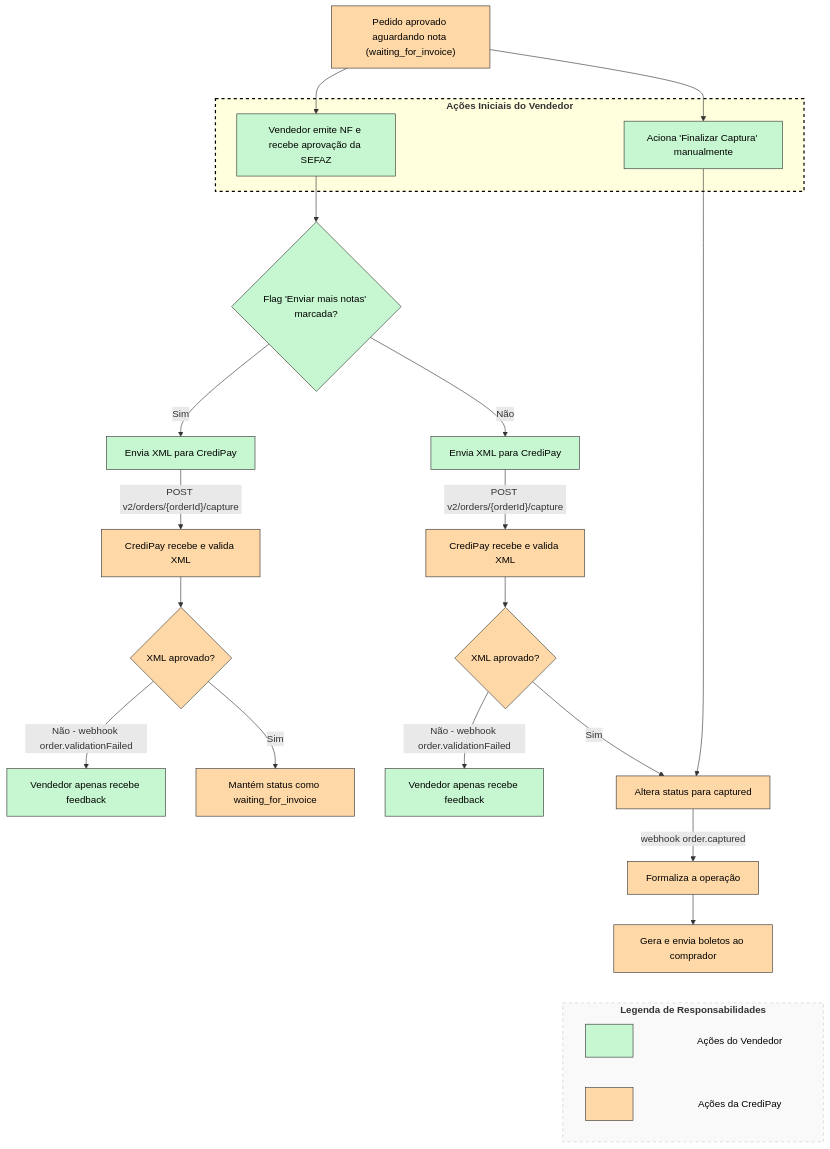
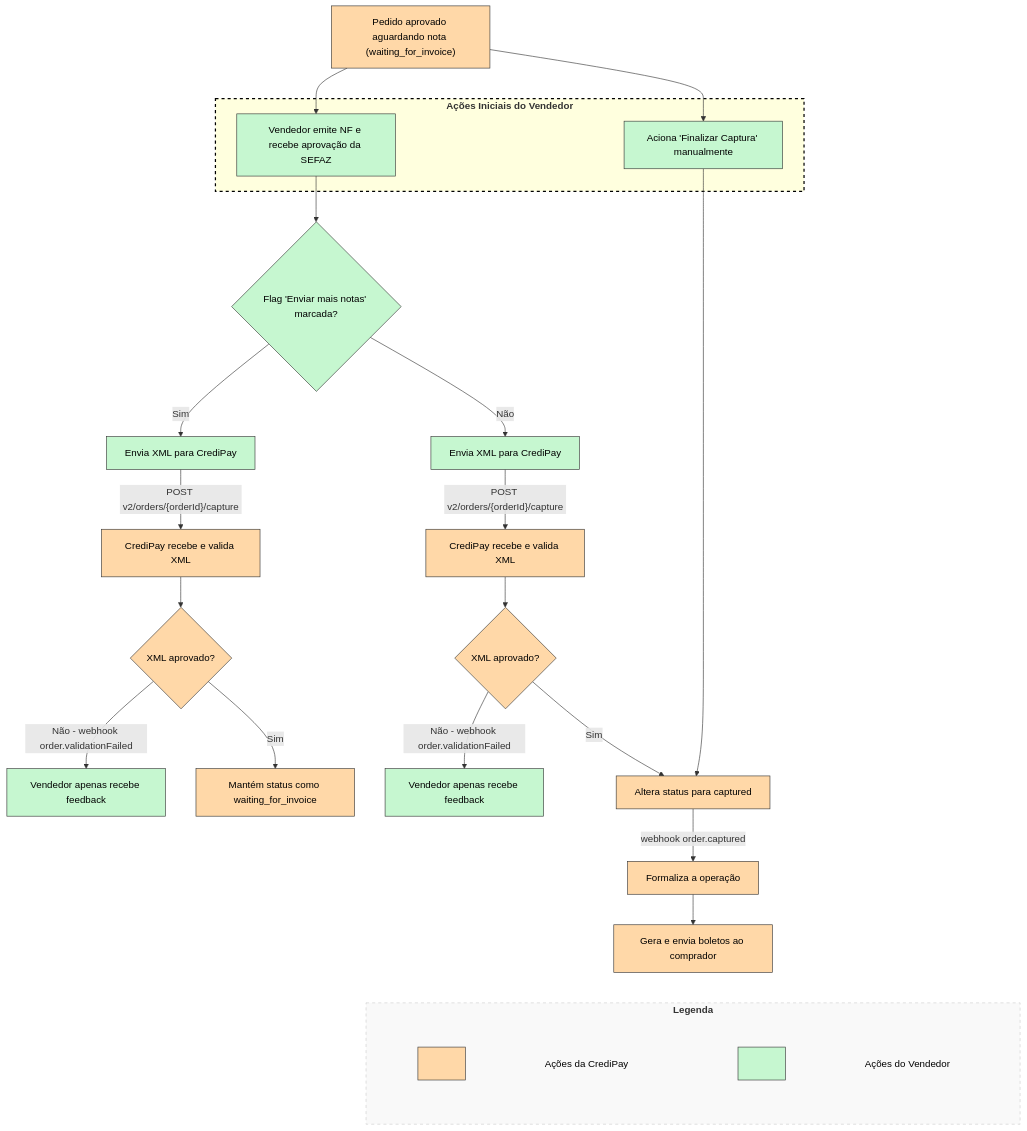
One commit to credix-finance/credipay-rdme-docs changed the diagram in docs/INTEGRAÇÃO COMPLETA/módulos-de-integração-1/adicional-múltiplas-notas-fiscais-por-pedido.md. Above: the diagram before and after it, drawn with Mermaid.

Commit message:
Update doc `adicional-múltiplas-notas-fiscais-por-pedido`

````diff
--- a/docs/INTEGRAÇÃO COMPLETA/módulos-de-integração-1/adicional-múltiplas-notas-fiscais-por-pedido.md
+++ b/docs/INTEGRAÇÃO COMPLETA/módulos-de-integração-1/adicional-múltiplas-notas-fiscais-por-pedido.md
@@ -44,15 +44,24 @@
     n11 -- "webhook order.captured" --> n12["Formaliza a operação"]
     n12 --> n13["Gera e envia boletos ao comprador"]
 
-    %% Bloco de Legenda (Agora no final)
-    subgraph Legenda ["<b>Legenda de Responsabilidades</b>"]
-        direction LR
-        boxVendedor["&nbsp;&nbsp;&nbsp;&nbsp;"]:::vendedor ~~~ textVendedor["Ações do Vendedor"]:::textoLegenda
-        boxCredipay["&nbsp;&nbsp;&nbsp;&nbsp;"]:::credipay ~~~ textCredipay["Ações da CrediPay"]:::textoLegenda
+    %% Bloco de Legenda no Final
+    n13 ~~~ Legenda
+
+    subgraph Legenda ["<b>Legenda</b>"]
+        direction TB
+        
+        %% Linha 1: Vendedor (invisível, força alinhamento horizontal)
+        subgraph row1 [" "]
+            direction LR
+            b1["&nbsp;&nbsp;&nbsp;&nbsp;"]:::vendedor ~~~ t1["Ações do Vendedor"]:::textoLegenda
+        end
+        
+        %% Linha 2: CrediPay (invisível, força alinhamento horizontal)
+        subgraph row2 [" "]
+            direction LR
+            b2["&nbsp;&nbsp;&nbsp;&nbsp;"]:::credipay ~~~ t2["Ações da CrediPay"]:::textoLegenda
+        end
     end
-
-    %% Força a legenda a ficar na parte inferior do fluxo sem exibir uma linha
-    n13 ~~~ boxVendedor
 
     %% Estilização e Cores
     n1:::credipay
@@ -77,6 +86,10 @@
     classDef credipay fill:#FFD8A8,stroke:#333,stroke-width:1px,color:#000;
     classDef textoLegenda fill:none,stroke:none,color:#000;
     
+    %% Oculta as bordas das linhas internas da legenda
+    style row1 fill:none,stroke:none
+    style row2 fill:none,stroke:none
+    
     style Legenda fill:#f9f9f9,stroke:#ccc,stroke-width:1px,stroke-dasharray: 5 5
     style s1 stroke:#000000,stroke-width:2px,stroke-dasharray: 5 5
 ```
````
